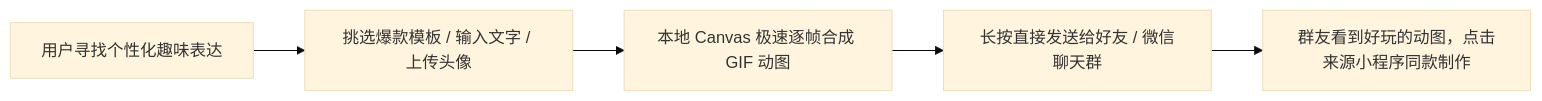
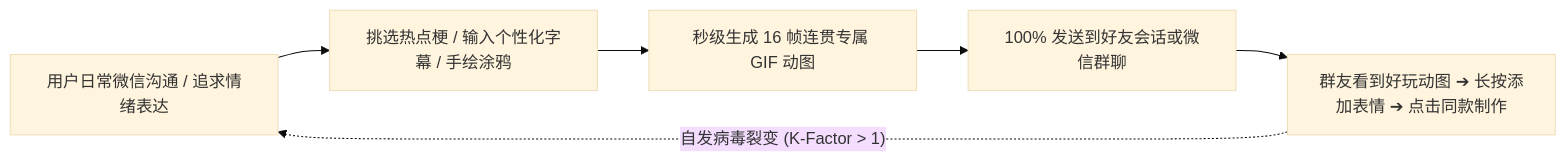
Before and after one commit to ponyletter/py310sphinx_knowledge: the first of 2 diagrams in docs/source/courses/wxapp_sphinx_from_zero/stage1_commercial_and_benchmarks/02_gif_maker_miniapp_analysis.md, drawn with Mermaid (base theme). The commit also changed other lines of this file and 5 other files, not shown here.

Commit message:
feat(docs): upgrade 02_gif_maker_miniapp_analysis with Images 2.5 16-frame engine and commercial canvas

````diff
--- a/docs/source/courses/wxapp_sphinx_from_zero/stage1_commercial_and_benchmarks/02_gif_maker_miniapp_analysis.md
+++ b/docs/source/courses/wxapp_sphinx_from_zero/stage1_commercial_and_benchmarks/02_gif_maker_miniapp_analysis.md
@@ -9,7 +11,8 @@
 ```{mermaid}
 graph LR
-    User["用户寻找个性化趣味表达"] --> Select["挑选爆款模板 / 输入文字 / 上传头像"]
-    Select --> Render["本地 Canvas 极速逐帧合成 GIF 动图"]
-    Render --> Share["长按直接发送给好友 / 微信聊天群"]
-    Share --> Viral["群友看到好玩的动图，点击来源小程序同款制作"]
+    User["用户日常微信沟通 / 追求情绪表达"] --> Trigger["挑选热点梗 / 输入个性化字幕 / 手绘涂鸦"]
+    Trigger --> Generate["秒级生成 16 帧连贯专属 GIF 动图"]
+    Generate --> ChatShare["100% 发送到好友会话或微信群聊"]
+    ChatShare --> Viral["群友看到好玩动图 ➔ 长按添加表情 ➔ 点击同款制作"]
+    Viral -.->|"自发病毒裂变 (K-Factor > 1)"| User
 ```
````
